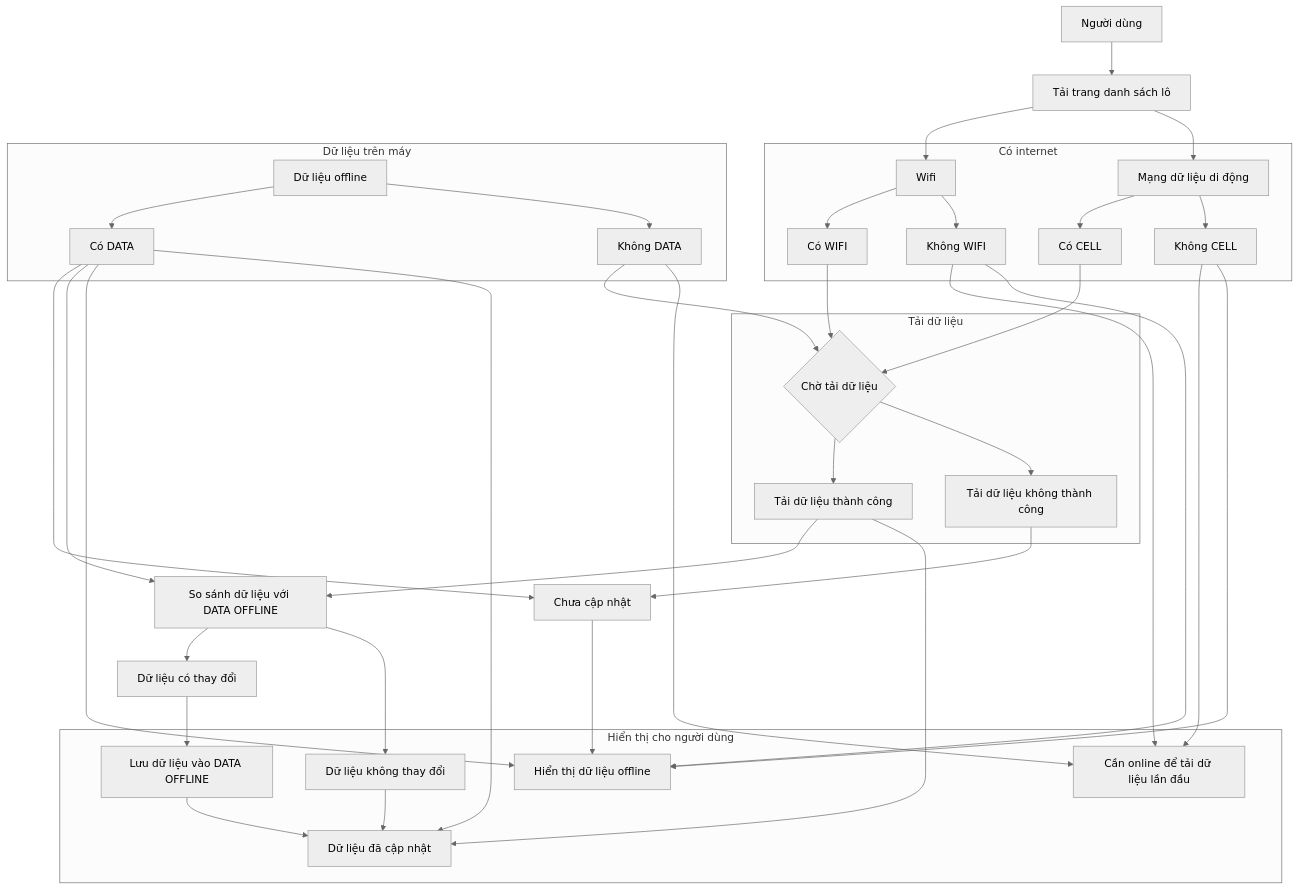
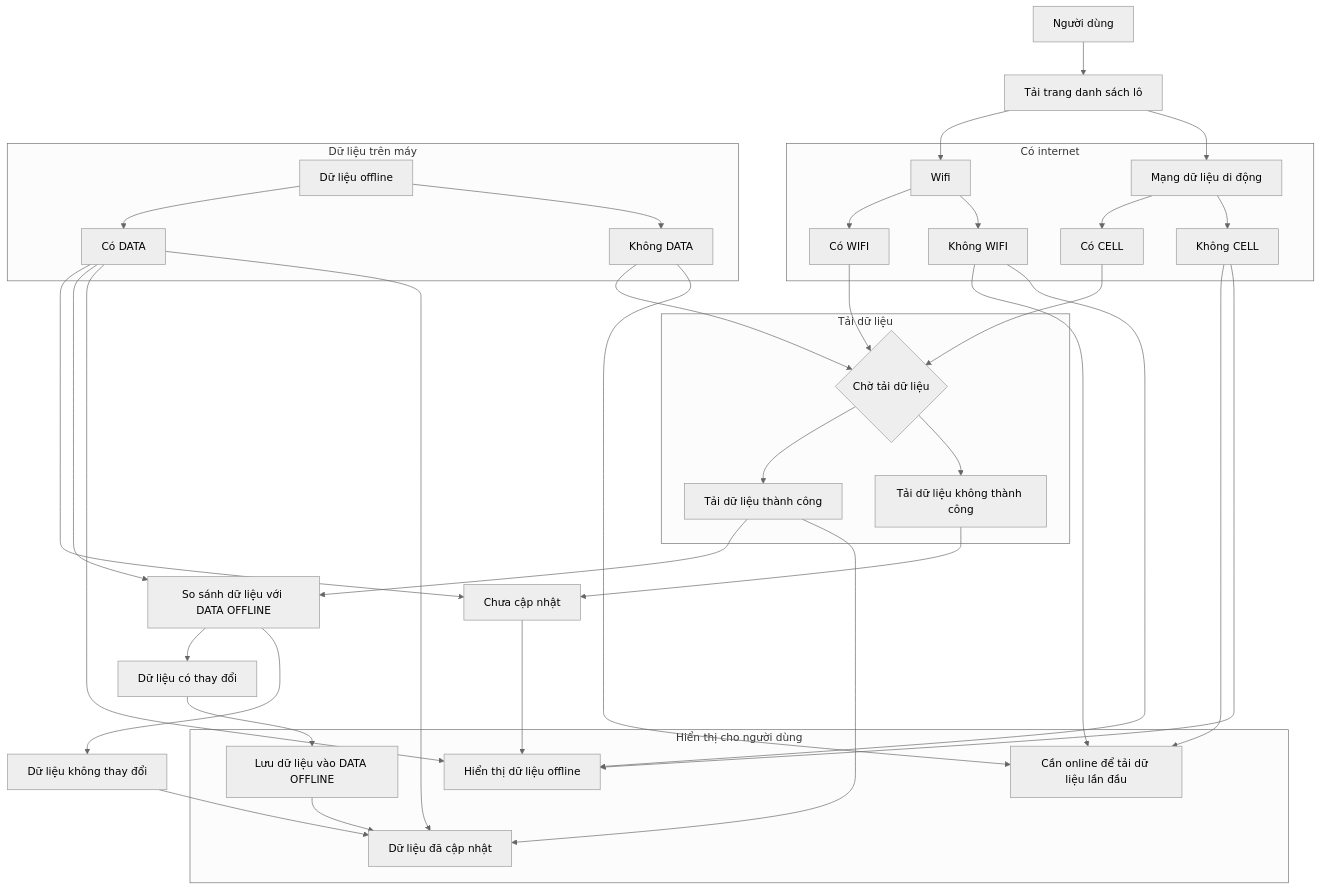
One commit to trethanhphat/tre-thanh-phat-pwa-docs changed the diagram in docs/batches-flow.md. Above: the diagram before and after it, drawn with Mermaid (neutral theme).

````diff
--- a/docs/batches-flow.md
+++ b/docs/batches-flow.md
@@ -73,7 +73,7 @@
 SAVE["Lưu dữ liệu vào DATA OFFLINE"]
 
 COMPARE-Y --> SAVE
-
+COMPARE-N --> SUCCESS
 
 
 
@@ -94,7 +94,7 @@
 SUCCESS["Dữ liệu đã cập nhật"]
     DATA-Y --> SUCCESS
     FETCH-Y --> SUCCESS
-    COMPARE-N --> SUCCESS
+
     SAVE --> SUCCESS
 end
 ```
````
